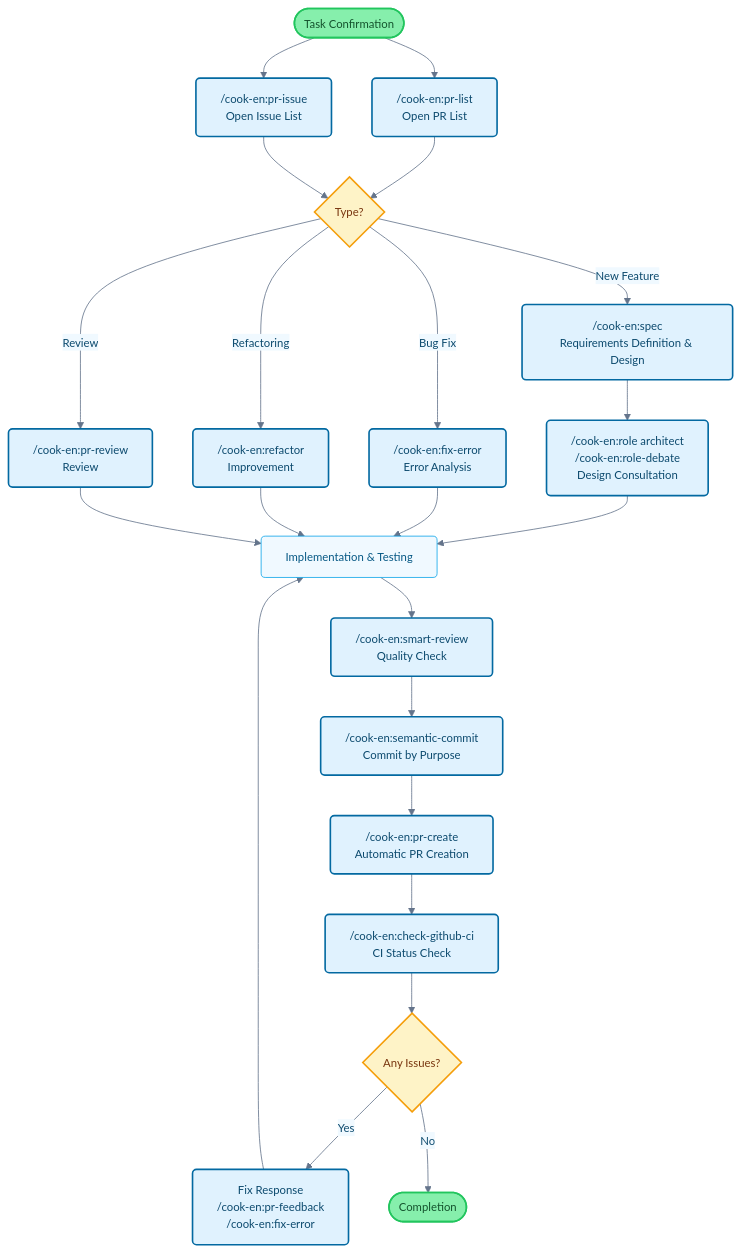
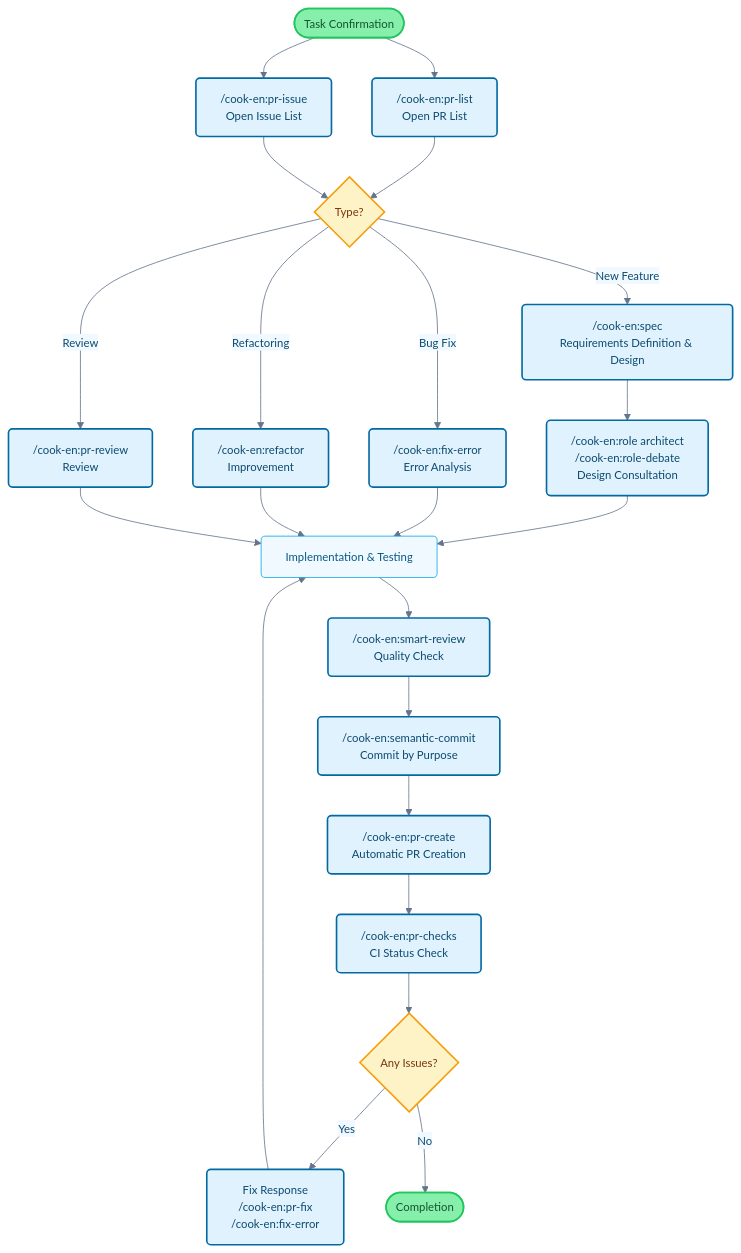
Before and after one commit to wasabeef/claude-code-cookbook: the diagram in plugins/en/README.md, drawn with Mermaid. The commit also changed other lines of this file and 337 other files, not shown here.

````diff
--- a/plugins/en/README.md
+++ b/plugins/en/README.md
@@ -114,42 +114,42 @@
 ```mermaid
 flowchart TB
     Start([Task Confirmation]) --> PRList["/cook-en:pr-list<br/>Open PR List"]
     Start --> PRIssue["/cook-en:pr-issue<br/>Open Issue List"]
 
     PRList --> TaskType{Type?}
     PRIssue --> TaskType
 
     TaskType -->|New Feature| Plan["/cook-en:spec<br/>Requirements Definition & Design"]
     TaskType -->|Bug Fix| Fix["/cook-en:fix-error<br/>Error Analysis"]
     TaskType -->|Refactoring| Refactor["/cook-en:refactor<br/>Improvement"]
     TaskType -->|Review| Review["/cook-en:pr-review<br/>Review"]
 
     Plan --> Design["/cook-en:role architect<br/>/cook-en:role-debate<br/>Design Consultation"]
     Design --> Implementation[Implementation & Testing]
     Fix --> Implementation
     Refactor --> Implementation
     Review --> Implementation
 
     Implementation --> Check["/cook-en:smart-review<br/>Quality Check"]
     Check --> Commit["/cook-en:semantic-commit<br/>Commit by Purpose"]
     Commit --> PR["/cook-en:pr-create<br/>Automatic PR Creation"]
-    PR --> CI["/cook-en:check-github-ci<br/>CI Status Check"]
+    PR --> CI["/cook-en:pr-checks<br/>CI Status Check"]
 
     CI --> Status{Any Issues?}
-    Status -->|Yes| Feedback["Fix Response<br/>/cook-en:pr-feedback<br/>/cook-en:fix-error"]
+    Status -->|Yes| Feedback["Fix Response<br/>/cook-en:pr-fix<br/>/cook-en:fix-error"]
     Status -->|No| End([Completion])
 
     Feedback --> Implementation
 
     classDef commandBox fill:#e0f2fe,stroke:#0369a1,stroke-width:2px,rx:5,ry:5,color:#0c4a6e
     classDef processBox fill:#f0f9ff,stroke:#0ea5e9,stroke-width:1px,rx:5,ry:5,color:#075985
     classDef decisionBox fill:#fef3c7,stroke:#f59e0b,stroke-width:2px,rx:5,ry:5,color:#78350f
     classDef startEnd fill:#86efac,stroke:#22c55e,stroke-width:2px,rx:20,ry:20,color:#14532d
 
     class PRList,PRIssue,Plan,Fix,Refactor,Review,Design,Check,CI,Commit,PR,Feedback commandBox
     class Implementation processBox
     class TaskType,Status decisionBox
     class Start,End startEnd
 
     %%{init: {'theme':'base', 'themeVariables': { 'primaryColor':'#e0f2fe', 'primaryTextColor':'#0c4a6e', 'primaryBorderColor':'#0369a1', 'lineColor':'#64748b', 'secondaryColor':'#f0f9ff', 'background':'#ffffff', 'mainBkg':'#ffffff', 'fontSize': '14px'}}}%%
 ```
````
